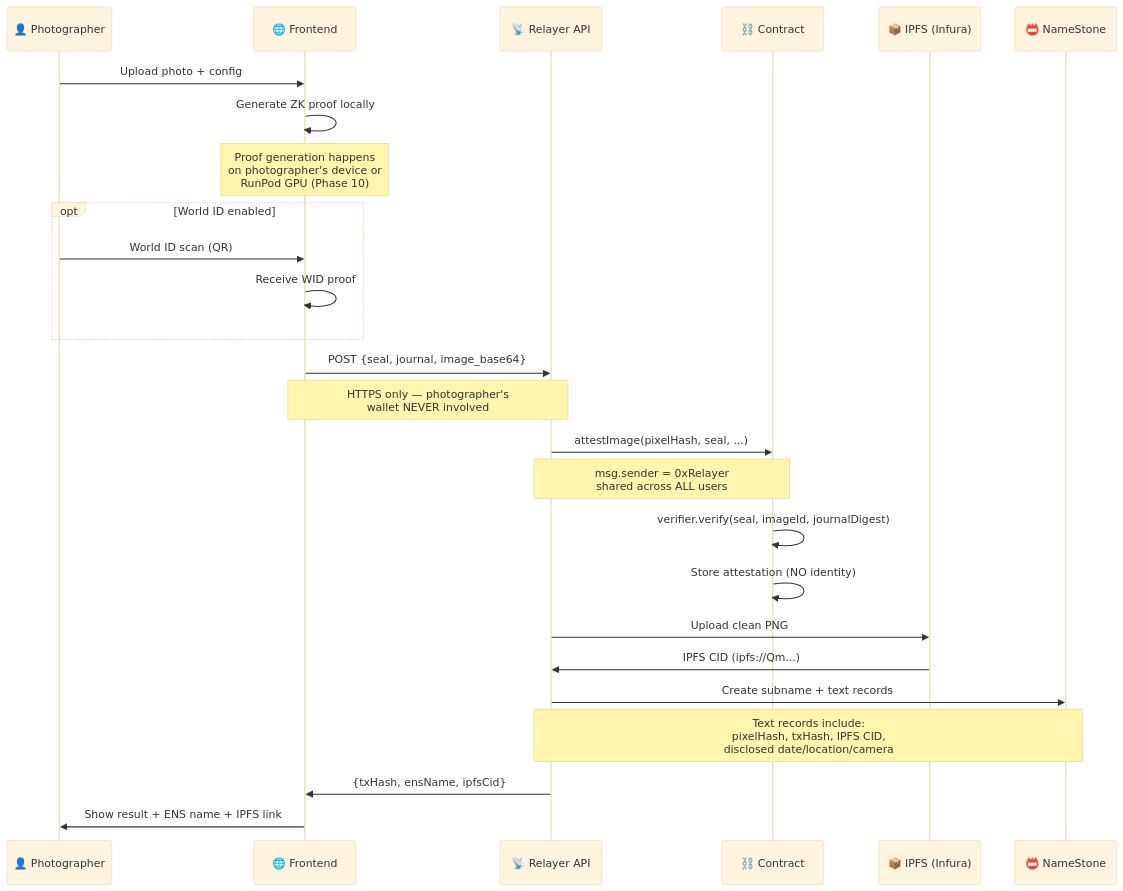
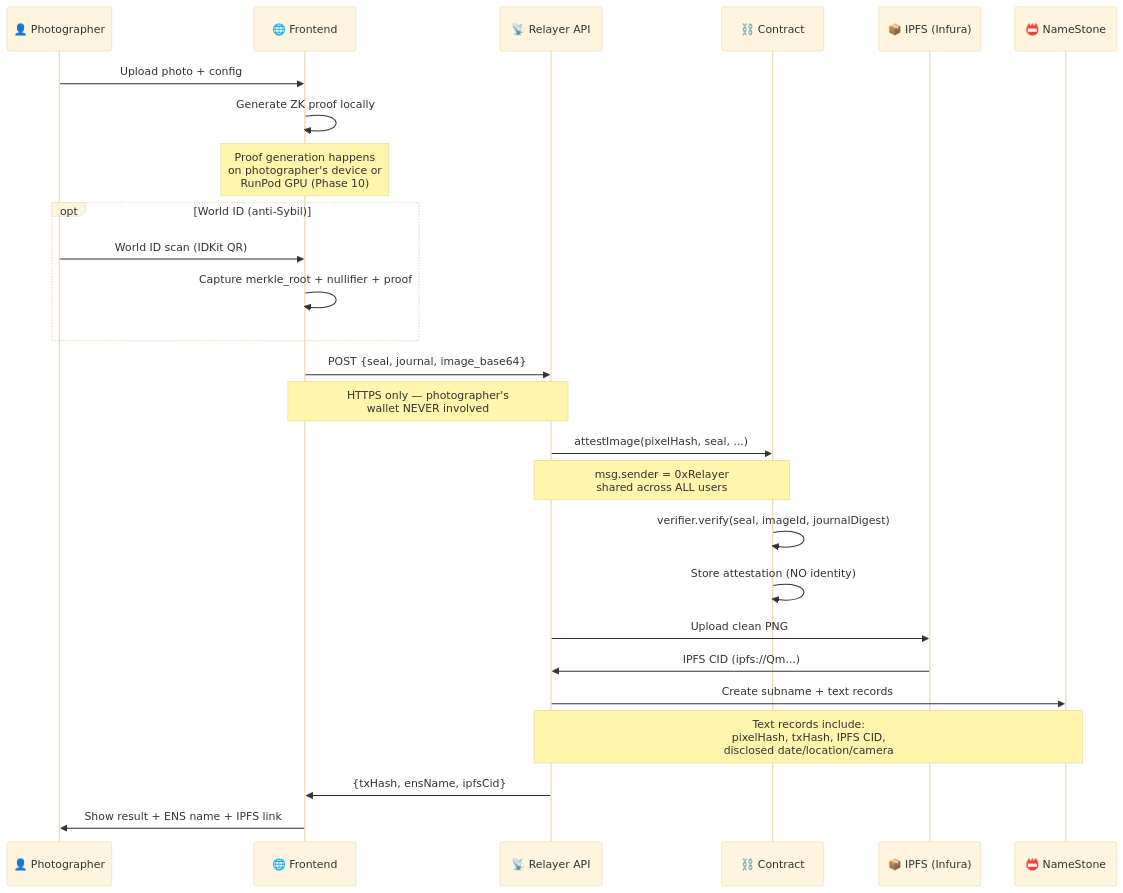
One commit to pycckuu/proof-frame changed the seventh of 13 diagrams in docs/DIAGRAMS.md. Above: the diagram before and after it, drawn with Mermaid (base theme). The commit also changed other lines of this file and 16 other files, not shown here.

````diff
--- a/docs/DIAGRAMS.md
+++ b/docs/DIAGRAMS.md
@@ -275,36 +275,36 @@
 ```mermaid
 sequenceDiagram
     participant J as 👤 Photographer
     participant F as 🌐 Frontend
     participant R as 📡 Relayer API
     participant C as ⛓️ Contract
     participant I as 📦 IPFS (Infura)
     participant N as 📛 NameStone
 
     J->>F: Upload photo + config
     F->>F: Generate ZK proof locally
     Note over F: Proof generation happens<br/>on photographer's device or<br/>RunPod GPU (Phase 10)
 
-    opt World ID enabled
-        J->>F: World ID scan (QR)
-        F->>F: Receive WID proof
+    opt World ID (anti-Sybil)
+        J->>F: World ID scan (IDKit QR)
+        F->>F: Capture merkle_root + nullifier + proof
     end
 
     F->>R: POST {seal, journal, image_base64}
     Note over F,R: HTTPS only — photographer's<br/>wallet NEVER involved
 
     R->>C: attestImage(pixelHash, seal, ...)
     Note over R,C: msg.sender = 0xRelayer<br/>shared across ALL users
 
     C->>C: verifier.verify(seal, imageId, journalDigest)
     C->>C: Store attestation (NO identity)
 
     R->>I: Upload clean PNG
     I->>R: IPFS CID (ipfs://Qm...)
 
     R->>N: Create subname + text records
     Note over R,N: Text records include:<br/>pixelHash, txHash, IPFS CID,<br/>disclosed date/location/camera
 
     R->>F: {txHash, ensName, ipfsCid}
     F->>J: Show result + ENS name + IPFS link
 ```
````
